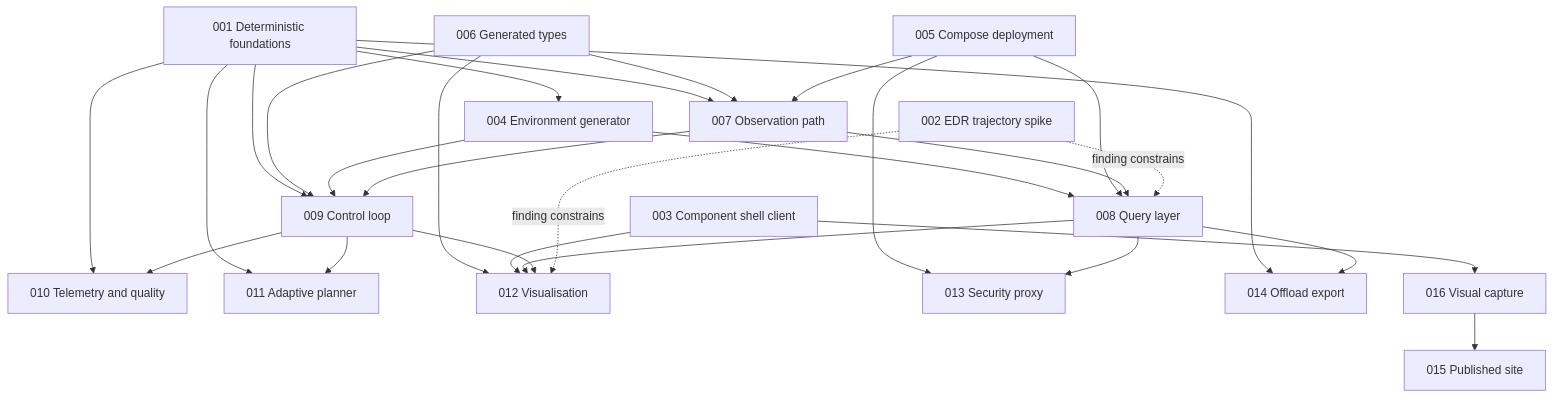
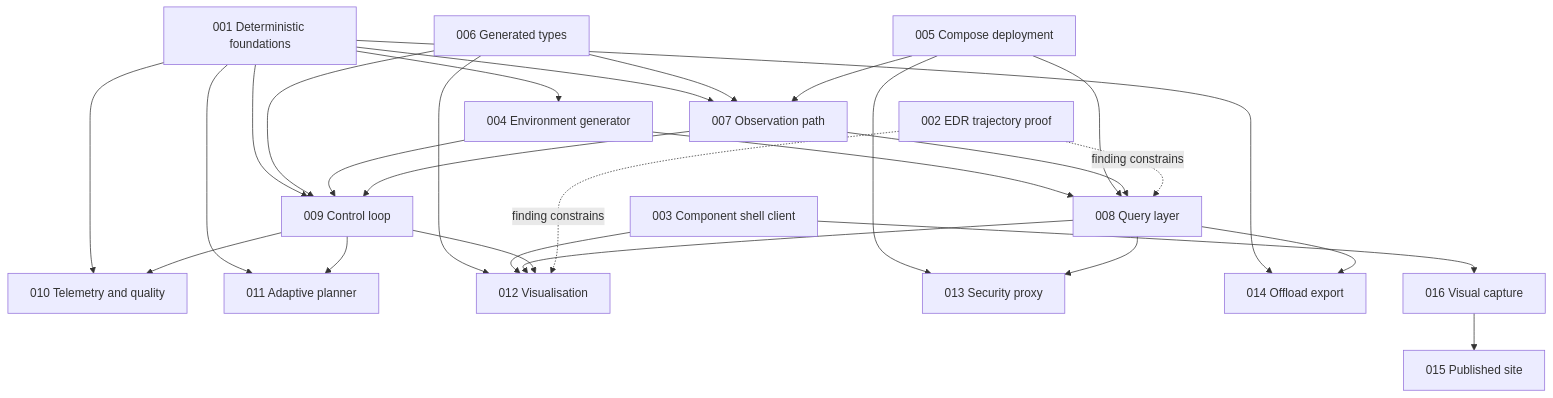
Before and after one commit to DeepBlueCLtd/drogna: the diagram in docs/architecture/delivery-plan.md, drawn with Mermaid. The commit also changed other lines of this file and 35 other files, not shown here.

````diff
--- a/docs/architecture/delivery-plan.md
+++ b/docs/architecture/delivery-plan.md
@@ -34,47 +34,47 @@
 ```mermaid
 graph TD
   F001[001 Deterministic foundations]
-  F002[002 EDR trajectory spike]
+  F002[002 EDR trajectory proof]
   F003[003 Component shell client]
   F004[004 Environment generator]
   F005[005 Compose deployment]
   F006[006 Generated types]
   F007[007 Observation path]
   F008[008 Query layer]
   F009[009 Control loop]
   F010[010 Telemetry and quality]
   F011[011 Adaptive planner]
   F012[012 Visualisation]
   F013[013 Security proxy]
   F014[014 Offload export]
   F015[015 Published site]
   F016[016 Visual capture]
 
   F001 --> F004
   F001 --> F007
   F001 --> F009
   F001 --> F010
   F001 --> F011
   F001 --> F014
   F006 --> F007
   F006 --> F009
   F006 --> F012
   F003 --> F012
   F003 --> F016
   F004 --> F008
   F004 --> F009
   F005 --> F007
   F005 --> F008
   F005 --> F013
   F007 --> F008
   F007 --> F009
   F008 --> F012
   F008 --> F013
   F008 --> F014
   F009 --> F010
   F009 --> F011
   F009 --> F012
   F002 -.finding constrains.-> F008
   F002 -.finding constrains.-> F012
   F016 --> F015
 ```
````
